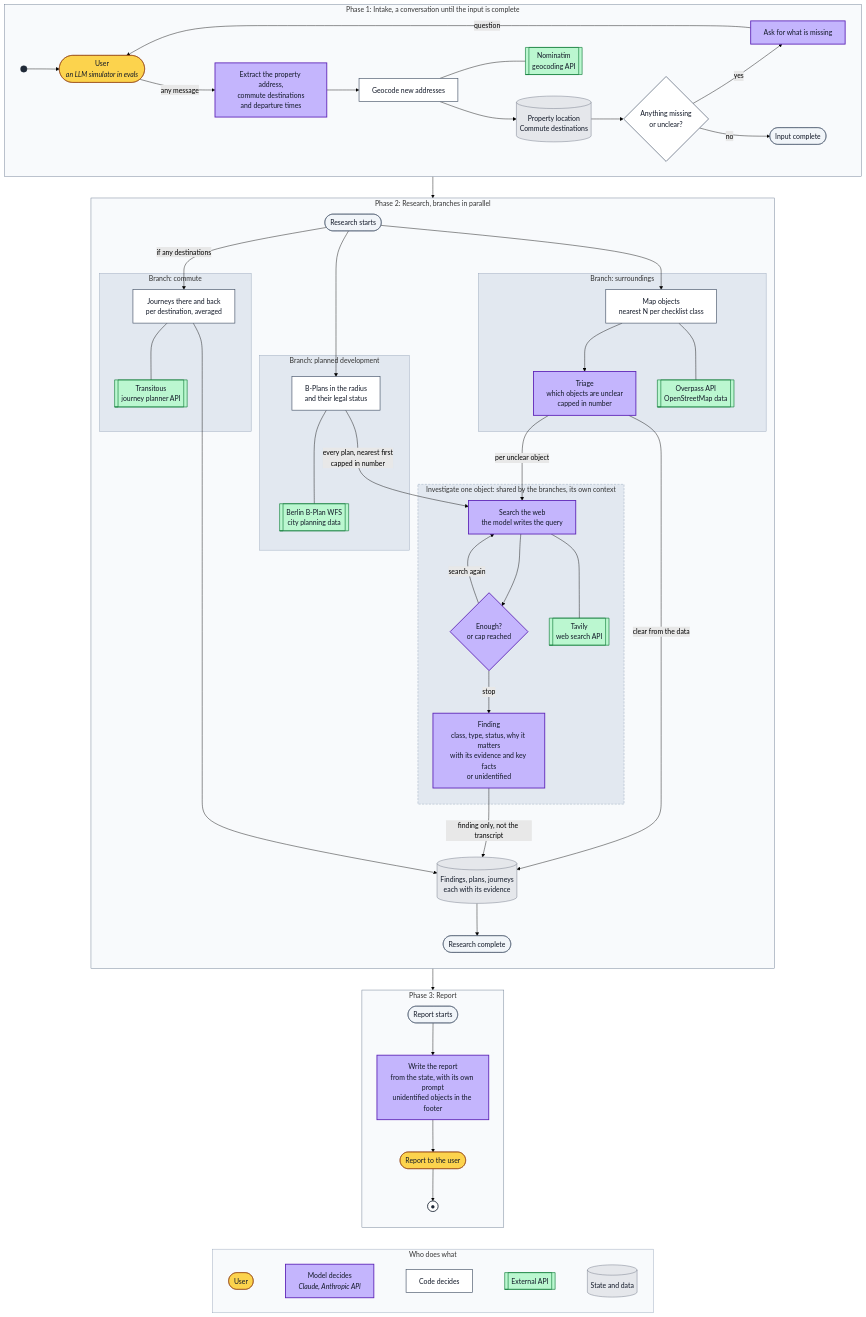
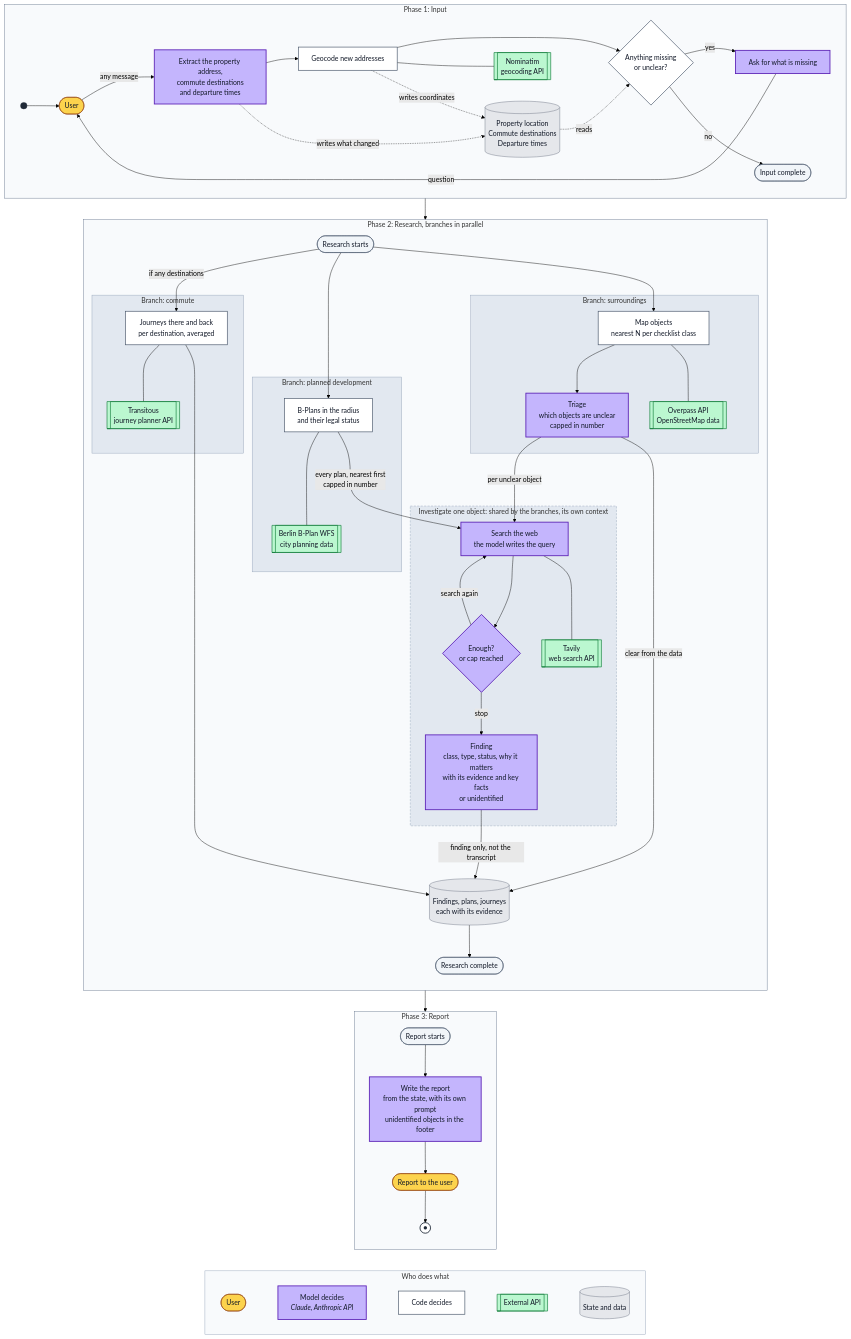
One commit to avashchenkov/out-of-frame changed the first of 2 diagrams in docs/architecture.md. Above: the diagram before and after it, drawn with Mermaid (forest theme). The commit also changed other lines of this file and 2 other files, not shown here.

Commit message:
docs: rename intake to input and model unanswered fields as null

````diff
--- a/docs/architecture.md
+++ b/docs/architecture.md
@@ -7,20 +7,23 @@
 ```mermaid
 flowchart TD
-    subgraph INTAKE["Phase 1: Intake, a conversation until the input is complete"]
+    subgraph INPUT["Phase 1: Input"]
         direction LR
         START((" ")):::start
-        U(["User<br/><i>an LLM simulator in evals</i>"]):::human
+        U(["User"]):::human
         M["Extract the property address,<br/>commute destinations<br/>and departure times"]:::model
         G["Geocode new addresses"]:::code
         NOM[["Nominatim<br/>geocoding API"]]:::ext
-        PR[("Property location<br/>Commute destinations")]:::data
+        PR[("Property location<br/>Commute destinations<br/>Departure times")]:::data
         C{"Anything missing<br/>or unclear?"}:::code
         A["Ask for what is missing"]:::model
         DONE(["Input complete"]):::milestone
         START --> U
         U -->|"any message"| M
-        M --> G --> PR --> C
+        M --> G --> C
         G --- NOM
+        M -.->|"writes what changed"| PR
+        G -.->|"writes coordinates"| PR
+        PR -.->|"reads"| C
         C -->|"yes"| A
         A -->|"question"| U
         C -->|"no"| DONE
@@ -79,7 +82,7 @@
         RS --> W --> OUT --> STOP
     end
 
-    INTAKE --> RESEARCH
+    INPUT --> RESEARCH
     RESEARCH --> REPORT
 
     subgraph KEY["Who does what"]
@@ -101,7 +104,7 @@
     classDef milestone fill:#f1f5f9,stroke:#475569,color:#111827
     classDef start fill:#1f2937,stroke:#1f2937,color:#1f2937
     classDef stop fill:#ffffff,stroke:#1f2937,stroke-width:2px,color:#1f2937
-    style INTAKE fill:#f8fafc,stroke:#64748b
+    style INPUT fill:#f8fafc,stroke:#64748b
     style RESEARCH fill:#f8fafc,stroke:#64748b
     style REPORT fill:#f8fafc,stroke:#64748b
     style SUR fill:#e2e8f0,stroke:#94a3b8
````
